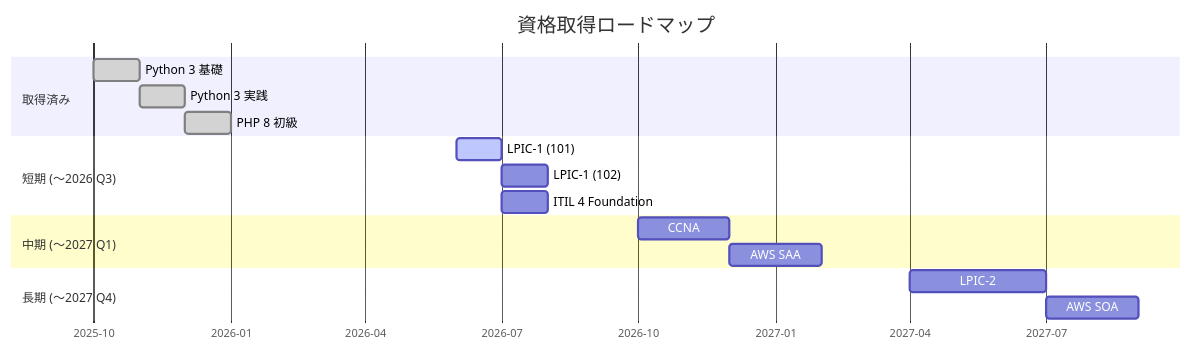
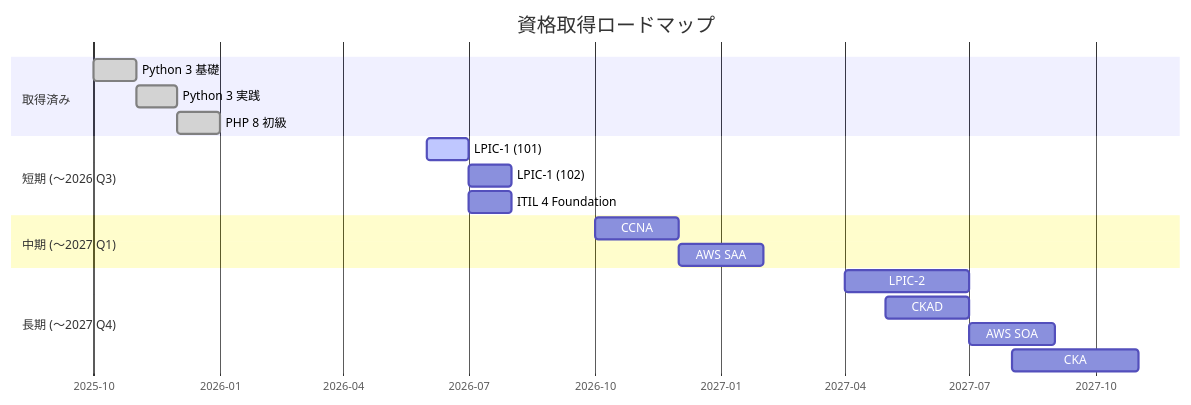
One commit to ns7jp/ns7jp changed the diagram in docs/certifications/roadmap.md. Above: the diagram before and after it, drawn with Mermaid. The commit also changed other lines of this file and 11 other files, not shown here.

````diff
--- a/docs/certifications/roadmap.md
+++ b/docs/certifications/roadmap.md
@@ -25,24 +25,26 @@
 ```mermaid
 gantt
     title 資格取得ロードマップ
     dateFormat YYYY-MM
     axisFormat %Y-%m
 
     section 取得済み
     Python 3 基礎      :done, p1, 2025-10, 2025-11
     Python 3 実践      :done, p2, 2025-11, 2025-12
     PHP 8 初級         :done, p3, 2025-12, 2026-01
 
     section 短期 (〜2026 Q3)
     LPIC-1 (101)       :active, l1, 2026-06, 2026-07
     LPIC-1 (102)       :l2, after l1, 1M
     ITIL 4 Foundation  :i1, 2026-07, 1M
 
     section 中期 (〜2027 Q1)
     CCNA               :c1, 2026-10, 2M
     AWS SAA            :a1, 2026-12, 2M
 
     section 長期 (〜2027 Q4)
     LPIC-2             :l3, 2027-04, 3M
+    CKAD               :k1, 2027-05, 2M
     AWS SOA            :a2, 2027-07, 2M
+    CKA                :k2, 2027-08, 3M
 ```
````
